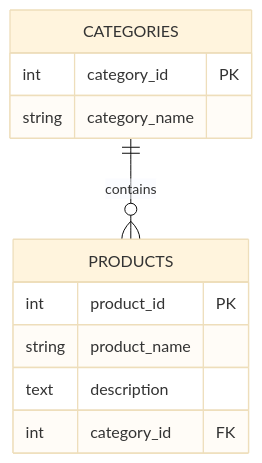
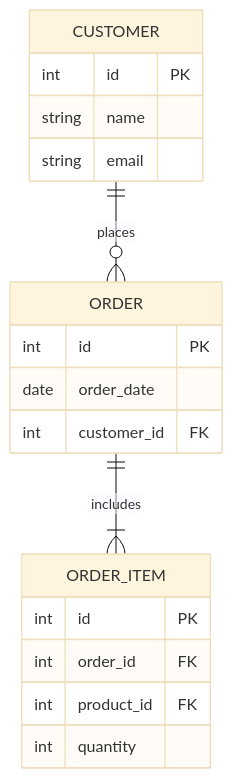
One commit to dcop7/tips_and_guides changed the sixth of 7 diagrams in db_postgresql_data_modeling.md. Above: the diagram before and after it, drawn with Mermaid (base theme). The commit also changed other lines of this file, not shown here.

````diff
--- a/db_postgresql_data_modeling.md
+++ b/db_postgresql_data_modeling.md
@@ -615,14 +1165,22 @@
 ```mermaid
 erDiagram
-    CATEGORIES ||--o{ PRODUCTS : contains
-    CATEGORIES {
-      int category_id PK
-      string category_name
+    CUSTOMER {
+        int id PK
+        string name
+        string email
     }
-    PRODUCTS {
-      int product_id PK
-      string product_name
-      text description
-      int category_id FK
+    ORDER {
+        int id PK
+        date order_date
+        int customer_id FK
     }
+    ORDER_ITEM {
+        int id PK
+        int order_id FK
+        int product_id FK
+        int quantity
+    }
+    
+    CUSTOMER ||--o{ ORDER : places
+    ORDER ||--|{ ORDER_ITEM : includes
 ```
````
